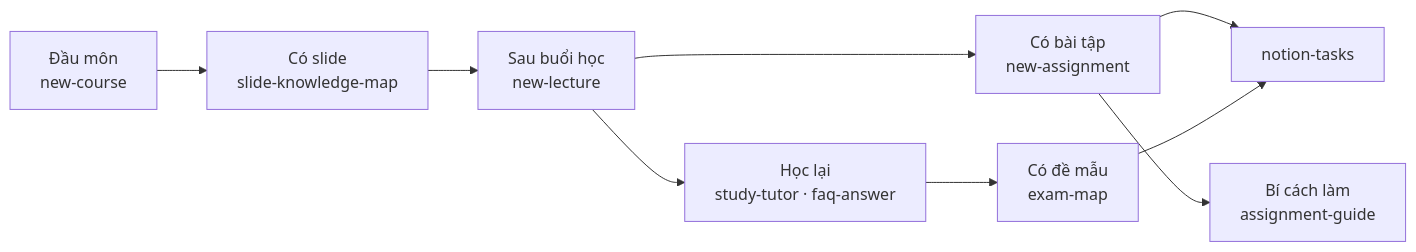
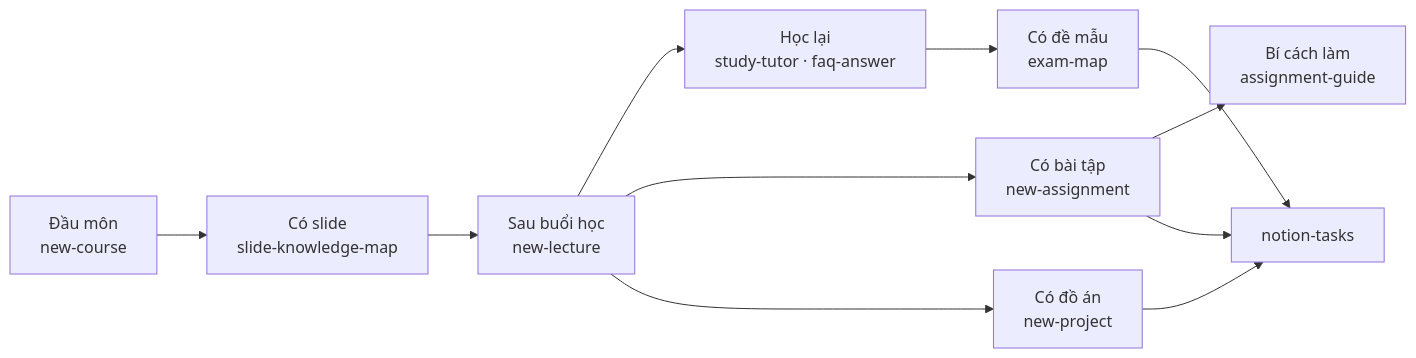
One commit to papercoding22/scientia-academica changed the diagram in SKILLS.md. Above: the diagram before and after it, drawn with Mermaid. The commit also changed other lines of this file and 7 other files, not shown here.

````diff
--- a/SKILLS.md
+++ b/SKILLS.md
@@ -29,11 +30,13 @@
 ```mermaid
 flowchart LR
   A[Đầu môn<br/>new-course] --> B[Có slide<br/>slide-knowledge-map]
   B --> C[Sau buổi học<br/>new-lecture]
   C --> D[Học lại<br/>study-tutor · faq-answer]
   C --> E[Có bài tập<br/>new-assignment]
   E --> F[Bí cách làm<br/>assignment-guide]
   E --> N[notion-tasks]
+  C --> P[Có đồ án<br/>new-project]
+  P --> N
   D --> G[Có đề mẫu<br/>exam-map]
   G --> N
 ```
````
